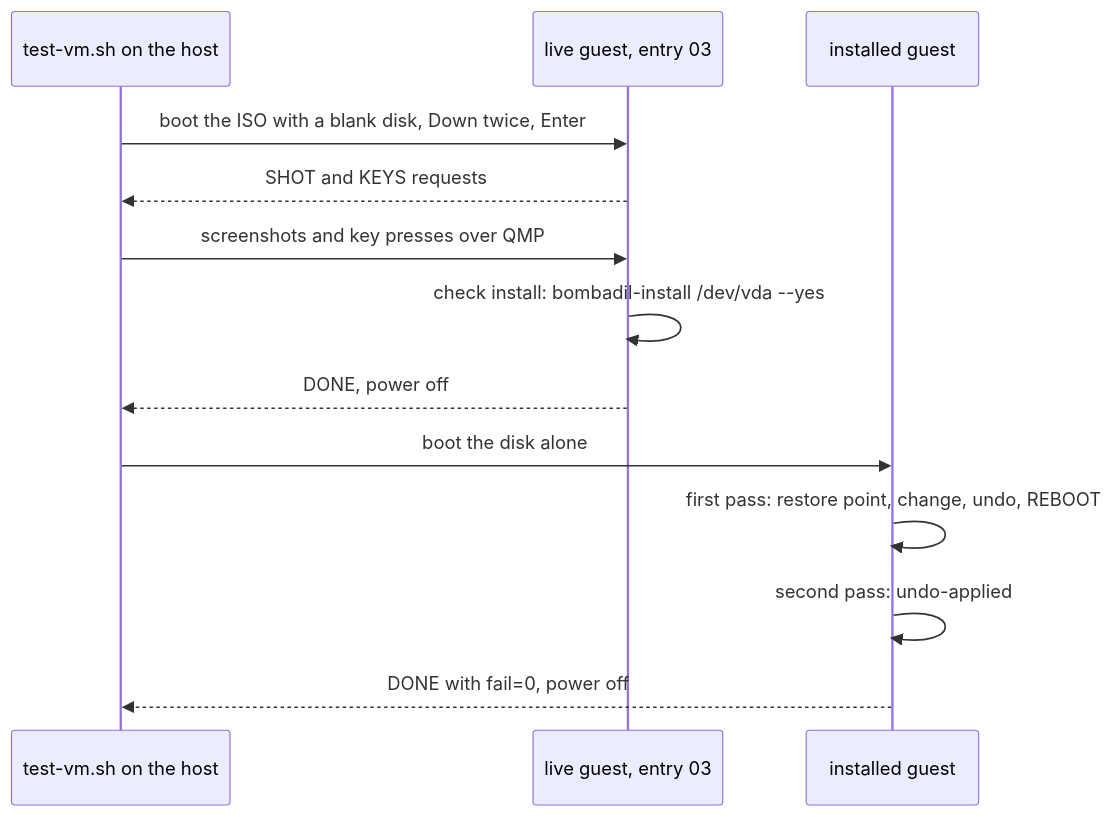
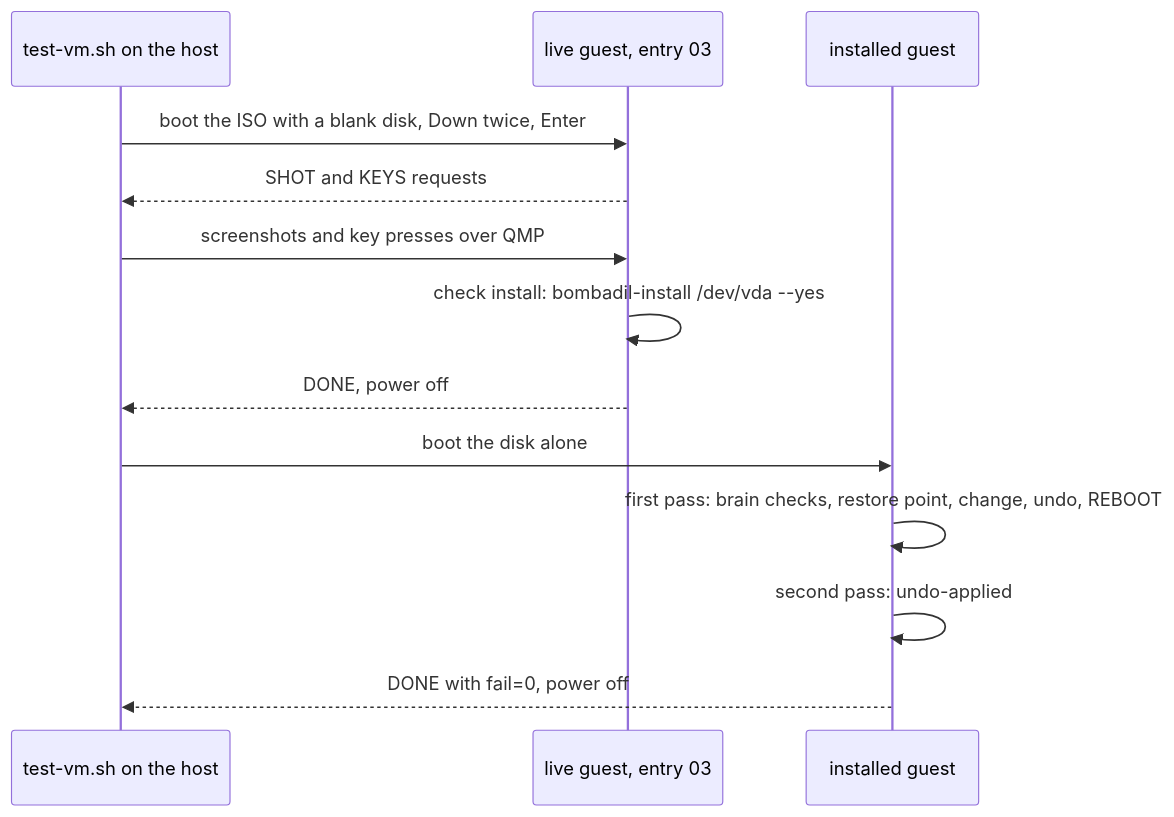
One commit to thedefaultman/Bombadil changed the fourth of 4 diagrams in docs/architecture/iso-and-install.md. Above: the diagram before and after it, drawn with Mermaid. The commit also changed other lines of this file and 26 other files, not shown here.

First line of the commit message:
docs: work in progress on architecture pages, decision log, reference, security model, UX flows, forking guide

````diff
--- a/docs/architecture/iso-and-install.md
+++ b/docs/architecture/iso-and-install.md
@@ -239,15 +292,15 @@
 ```mermaid
 sequenceDiagram
     participant H as test-vm.sh on the host
     participant L as live guest, entry 03
     participant I as installed guest
     H->>L: boot the ISO with a blank disk, Down twice, Enter
     L-->>H: SHOT and KEYS requests
     H->>L: screenshots and key presses over QMP
     L->>L: check install: bombadil-install /dev/vda --yes
     L-->>H: DONE, power off
     H->>I: boot the disk alone
-    I->>I: first pass: restore point, change, undo, REBOOT
+    I->>I: first pass: brain checks, restore point, change, undo, REBOOT
     I->>I: second pass: undo-applied
     I-->>H: DONE with fail=0, power off
 ```
````
